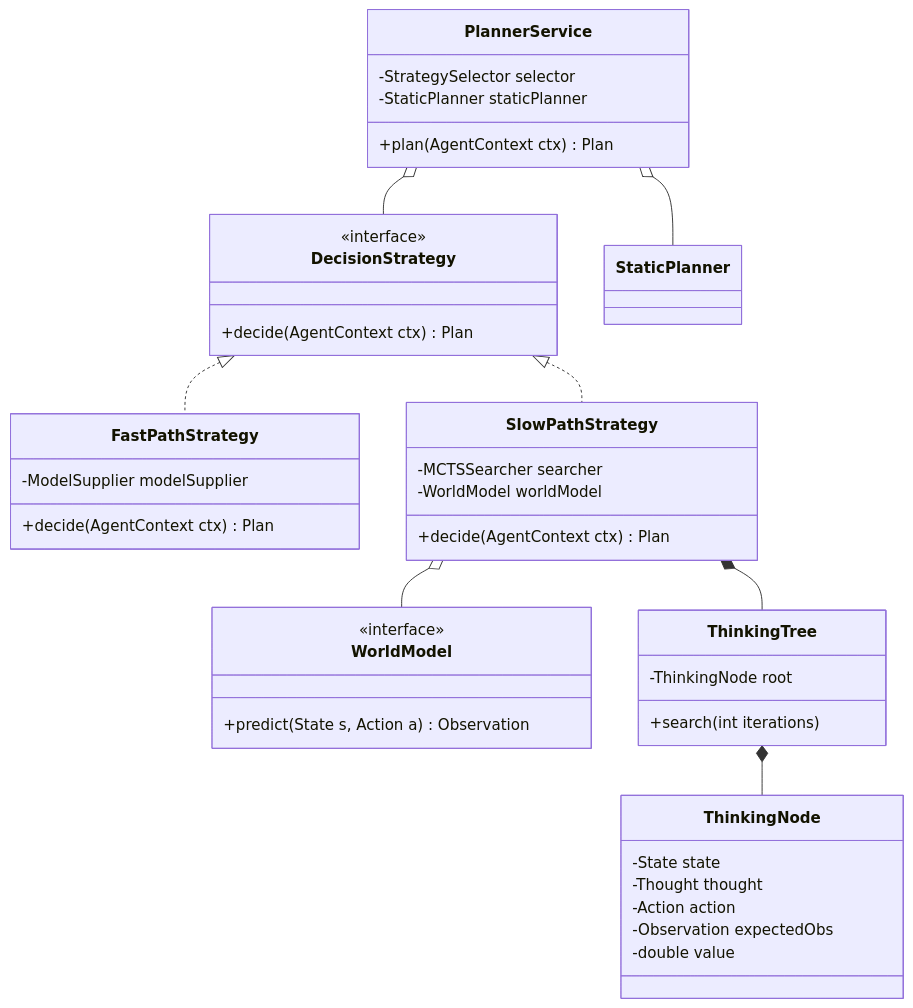
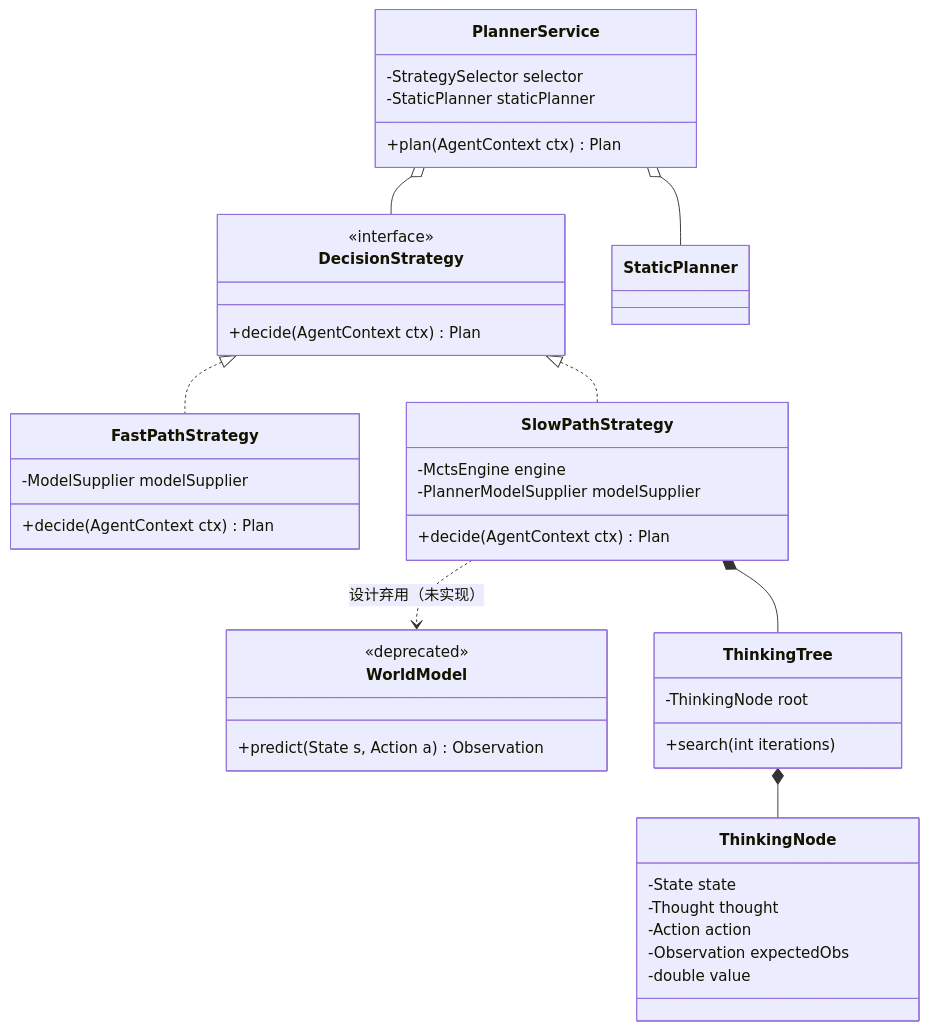
The first of 2 diagrams in docs/alice-core-planner/DESIGN.md (chaineasy-ai/alice-agent), drawn with Mermaid before and after one commit. The commit also changed other lines of this file and 3 other files, not shown here.

Commit message:
docs(planner): WorldModel 设计弃用（未实现）—— 类图/时序图/inbound 构造签名更正；TEST.md PLN-P04 假绿撤为弃用；TODO 记 X12

````diff
--- a/docs/alice-core-planner/DESIGN.md
+++ b/docs/alice-core-planner/DESIGN.md
@@ -24,50 +24,50 @@
 ```mermaid
 classDiagram
     class PlannerService {
         -StrategySelector selector
         -StaticPlanner staticPlanner
         +plan(AgentContext ctx) Plan
     }
 
     class DecisionStrategy {
         <<interface>>
         +decide(AgentContext ctx) Plan
     }
 
     class FastPathStrategy {
         -ModelSupplier modelSupplier
         +decide(AgentContext ctx) Plan
     }
 
     class SlowPathStrategy {
-        -MCTSSearcher searcher
-        -WorldModel worldModel
+        -MctsEngine engine
+        -PlannerModelSupplier modelSupplier
         +decide(AgentContext ctx) Plan
     }
 
     class WorldModel {
-        <<interface>>
+        <<deprecated>>
         +predict(State s, Action a) Observation
     }
 
     class ThinkingTree {
         -ThinkingNode root
         +search(int iterations)
     }
 
     class ThinkingNode {
         -State state
         -Thought thought
         -Action action
         -Observation expectedObs
         -double value
     }
 
     PlannerService o-- DecisionStrategy
     PlannerService o-- StaticPlanner
     DecisionStrategy <|.. SlowPathStrategy
     DecisionStrategy <|.. FastPathStrategy
     SlowPathStrategy *-- ThinkingTree
-    SlowPathStrategy o-- WorldModel
+    SlowPathStrategy ..> WorldModel : 设计弃用（未实现）
     ThinkingTree *-- ThinkingNode
 ```
````
